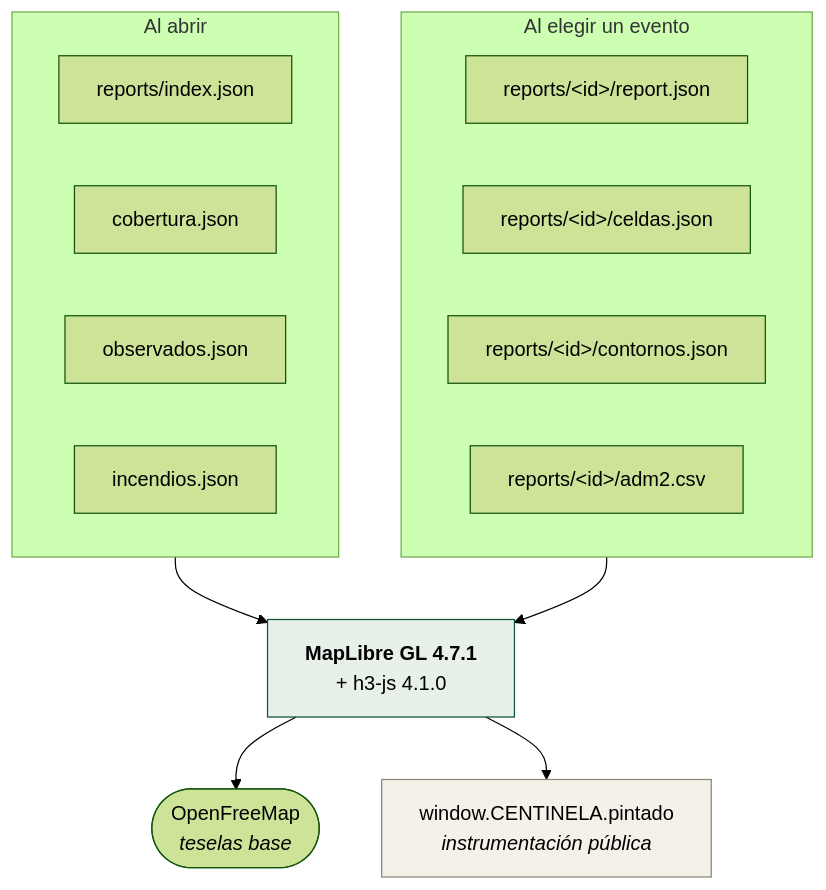
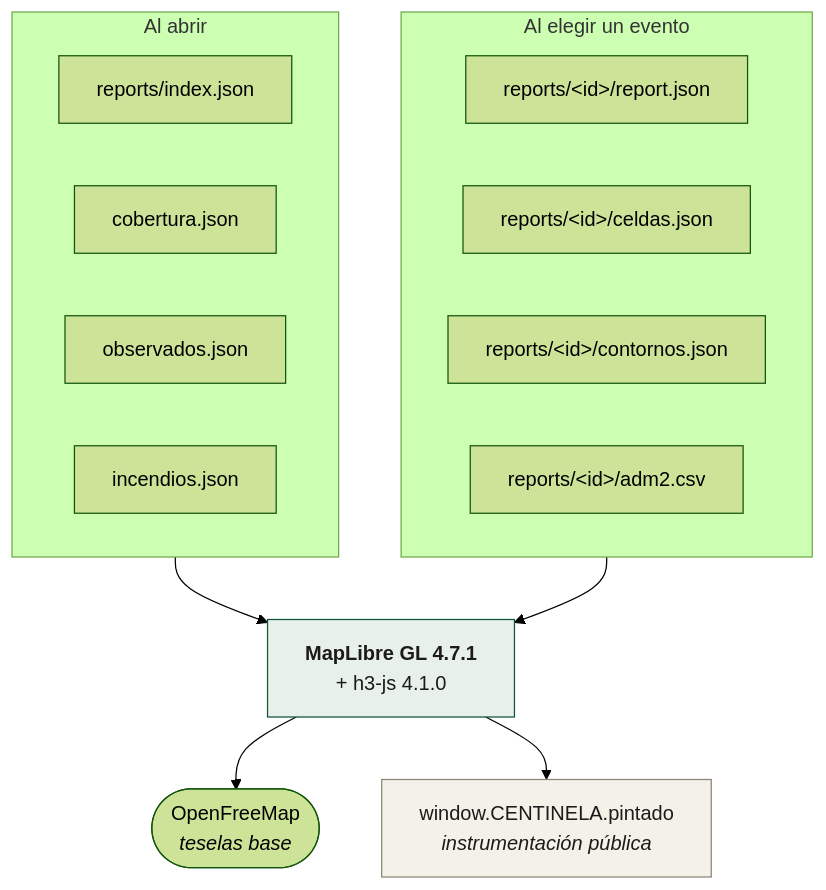
One commit to sforero77/CENTINELA changed the first of 2 diagrams in docs/visor/README.md. Above: the diagram before and after it, drawn with Mermaid (forest theme). The commit also changed other lines of this file and 24 other files, not shown here.

First line of the commit message:
Los rotulos de los diagramas se borraban en tema oscuro

````diff
--- a/docs/visor/README.md
+++ b/docs/visor/README.md
@@ -24,23 +24,23 @@
 ```mermaid
 flowchart TB
   subgraph carga["Al abrir"]
     I1["reports/index.json"]
     I2["cobertura.json"]
     I3["observados.json"]
     I4["incendios.json"]
   end
   subgraph demanda["Al elegir un evento"]
     D1["reports/&lt;id&gt;/report.json"]
     D2["reports/&lt;id&gt;/celdas.json"]
     D3["reports/&lt;id&gt;/contornos.json"]
     D4["reports/&lt;id&gt;/adm2.csv"]
   end
 
   carga --> MAPA["<b>MapLibre GL 4.7.1</b><br/>+ h3-js 4.1.0"]
   demanda --> MAPA
   MAPA --> TILES(["OpenFreeMap<br/><i>teselas base</i>"])
   MAPA --> PINT["window.CENTINELA.pintado<br/><i>instrumentación pública</i>"]
 
-  style MAPA fill:#e8f0ea,stroke:#0f5636
-  style PINT fill:#f4f1e8,stroke:#8a8578
+  style MAPA fill:#e8f0ea,stroke:#0f5636,color:#1c1b1a
+  style PINT fill:#f4f1e8,stroke:#8a8578,color:#1c1b1a
 ```
````
